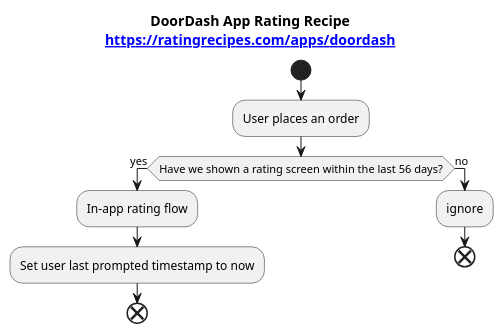
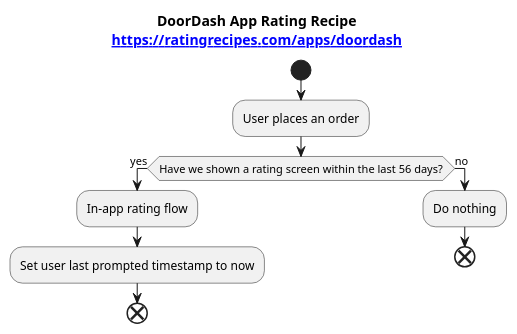
One commit to ratingrecipes/ratingrecipes changed the diagram in apps/doordash/flow.iuml. Above: the diagram before and after it, drawn with PlantUML.

```diff
--- a/apps/doordash/flow.iuml
+++ b/apps/doordash/flow.iuml
@@ -1,17 +1,17 @@
 @startuml
 
 title DoorDash App Rating Recipe\n[[https://ratingrecipes.com/apps/doordash]]
 
 start
 
 :User places an order;
 if (Have we shown a rating screen within the last 56 days?) then (yes)
     :In-app rating flow;
     :Set user last prompted timestamp to now;
     end
 else (no)
-    :ignore;
+    :Do nothing;
     end
 endif
 
 @enduml
```
